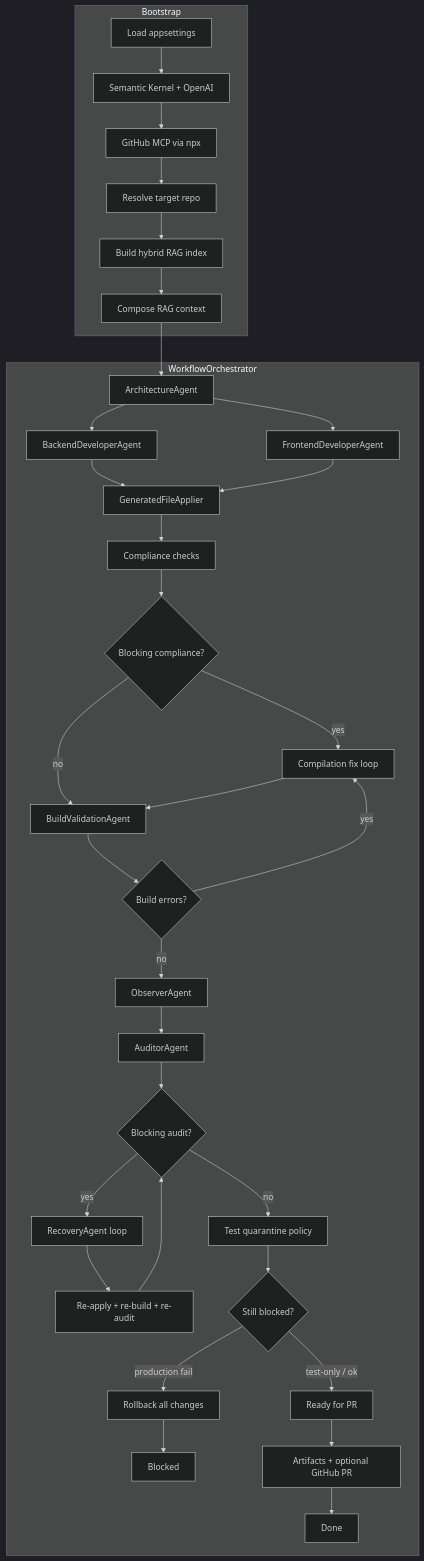
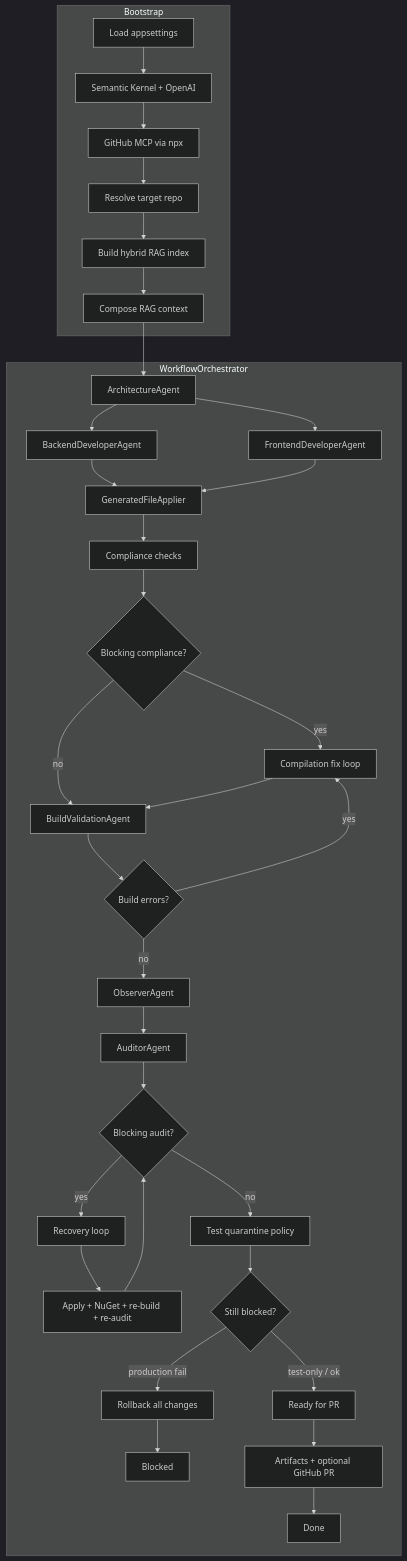
The diagram in README.md (cuongqle/agentic-workflow-mcp-rag), drawn with Mermaid (dark theme) before and after one commit. The commit also changed other lines of this file and 28 other files, not shown here.

````diff
--- a/README.md
+++ b/README.md
@@ -89,38 +91,38 @@
 ```mermaid
 flowchart TB
     subgraph bootstrap [Bootstrap]
         A[Load appsettings] --> B[Semantic Kernel + OpenAI]
         B --> C[GitHub MCP via npx]
         C --> D[Resolve target repo]
         D --> E[Build hybrid RAG index]
         E --> F[Compose RAG context]
     end
 
     subgraph orchestrator [WorkflowOrchestrator]
         F --> G[ArchitectureAgent]
         G --> H[BackendDeveloperAgent]
         G --> I[FrontendDeveloperAgent]
         H --> J[GeneratedFileApplier]
         I --> J
         J --> K[Compliance checks]
         K --> L{Blocking compliance?}
         L -->|yes| M[Compilation fix loop]
         L -->|no| N[BuildValidationAgent]
         M --> N
         N --> O{Build errors?}
         O -->|yes| M
         O -->|no| P[ObserverAgent]
         P --> Q[AuditorAgent]
         Q --> R{Blocking audit?}
-        R -->|yes| S[RecoveryAgent loop]
-        S --> T[Re-apply + re-build + re-audit]
+        R -->|yes| S[Recovery loop]
+        S --> T[Apply + NuGet + re-build + re-audit]
         T --> R
         R -->|no| U[Test quarantine policy]
         U --> V{Still blocked?}
         V -->|production fail| W[Rollback all changes]
         V -->|test-only / ok| X[Ready for PR]
         W --> Y[Blocked]
         X --> Z[Artifacts + optional GitHub PR]
         Z --> AA[Done]
     end
 ```
````
